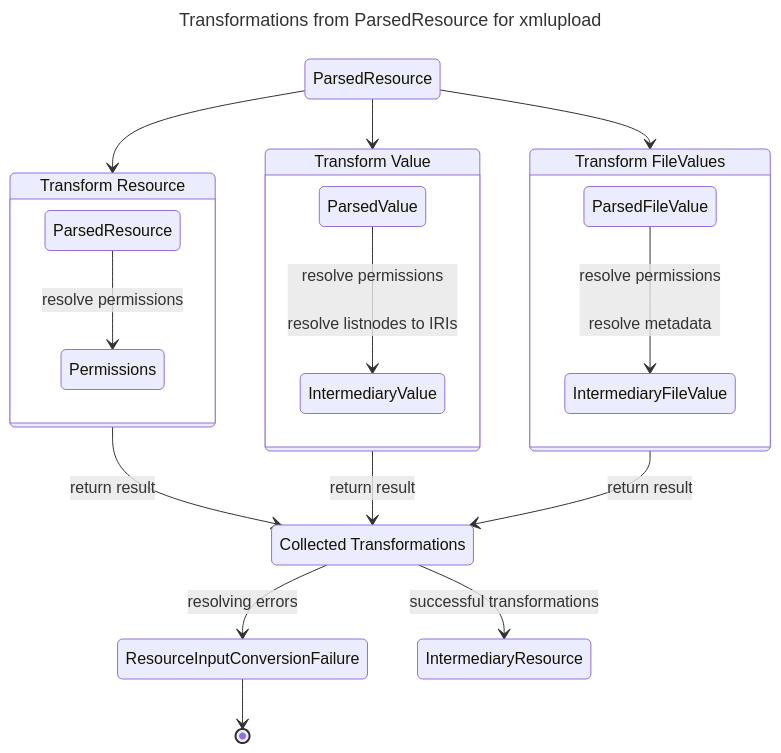
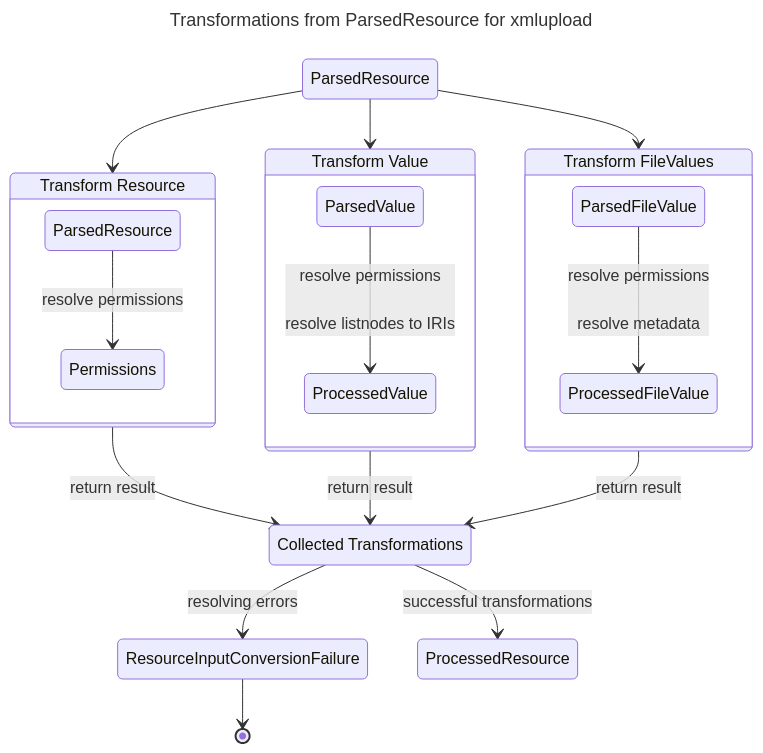
The third of 3 diagrams in docs/developers/architecture.md (dasch-swiss/dsp-tools), drawn with Mermaid before and after one commit. The commit also changed other lines of this file, not shown here.

````diff
--- a/docs/developers/architecture.md
+++ b/docs/developers/architecture.md
@@ -101,33 +101,33 @@
 ```mermaid
 ---
 title: Transformations from ParsedResource for xmlupload
 ---
 stateDiagram-v2
 
 state "Transform Resource" as transformres
 state "Transform Value" as transformationval
 state "Transform FileValues" as transformfile
 state "ParsedValue" as parsedval
 state "ParsedResource" as parsedres
-state "IntermediaryValue" as valdes
+state "ProcessedValue" as valdes
 state "Collected Transformations" as coll
 
 parsedres-->transformfile
 parsedres-->transformationval
 parsedres-->transformres
 state transformres {
     ParsedResource-->Permissions: resolve permissions
 }
 state transformationval {
     parsedval-->valdes: resolve permissions<br/><br/>resolve listnodes to IRIs
 }
 state transformfile {
-    ParsedFileValue-->IntermediaryFileValue: resolve permissions<br/><br/>resolve metadata
+    ParsedFileValue-->ProcessedFileValue: resolve permissions<br/><br/>resolve metadata
 }
 transformres-->coll: return result
 transformationval-->coll: return result
 transformfile-->coll: return result
 coll-->ResourceInputConversionFailure: resolving errors
 ResourceInputConversionFailure-->[*]
-coll-->IntermediaryResource: successful transformations
+coll-->ProcessedResource: successful transformations
 ```
````
